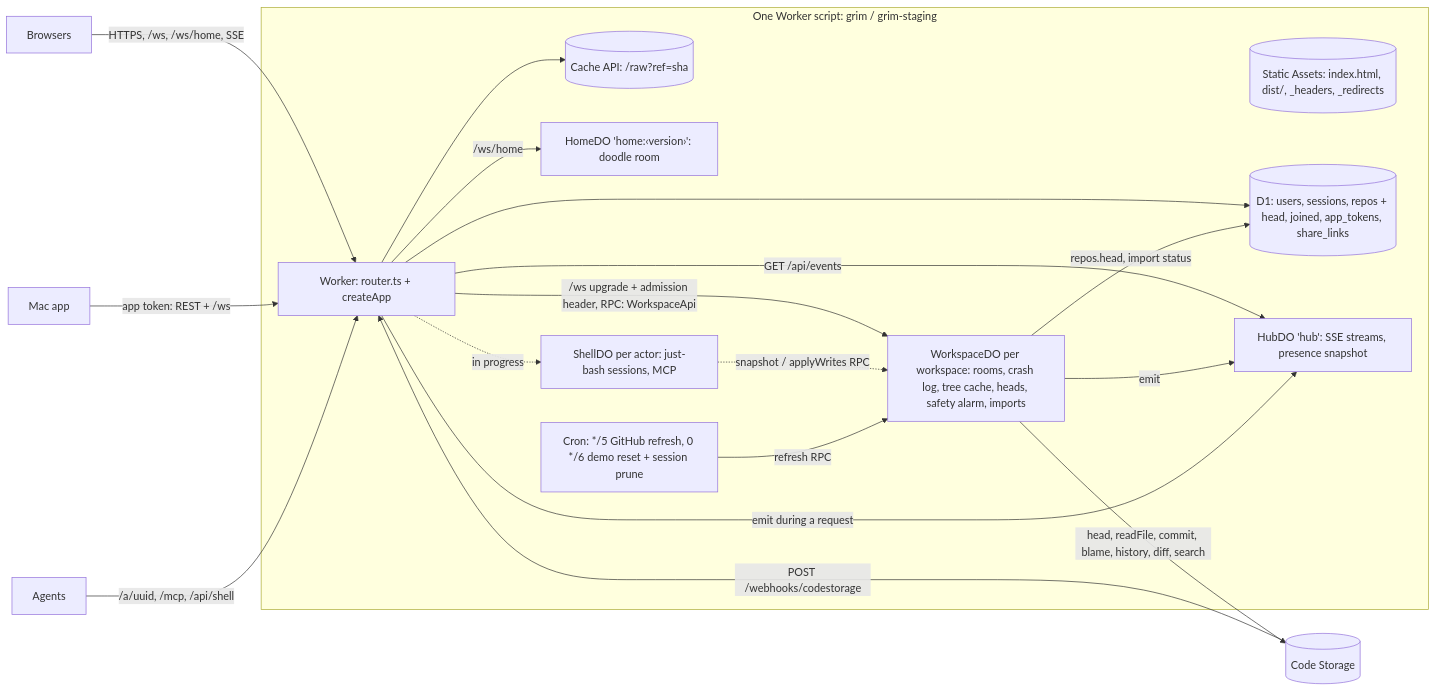
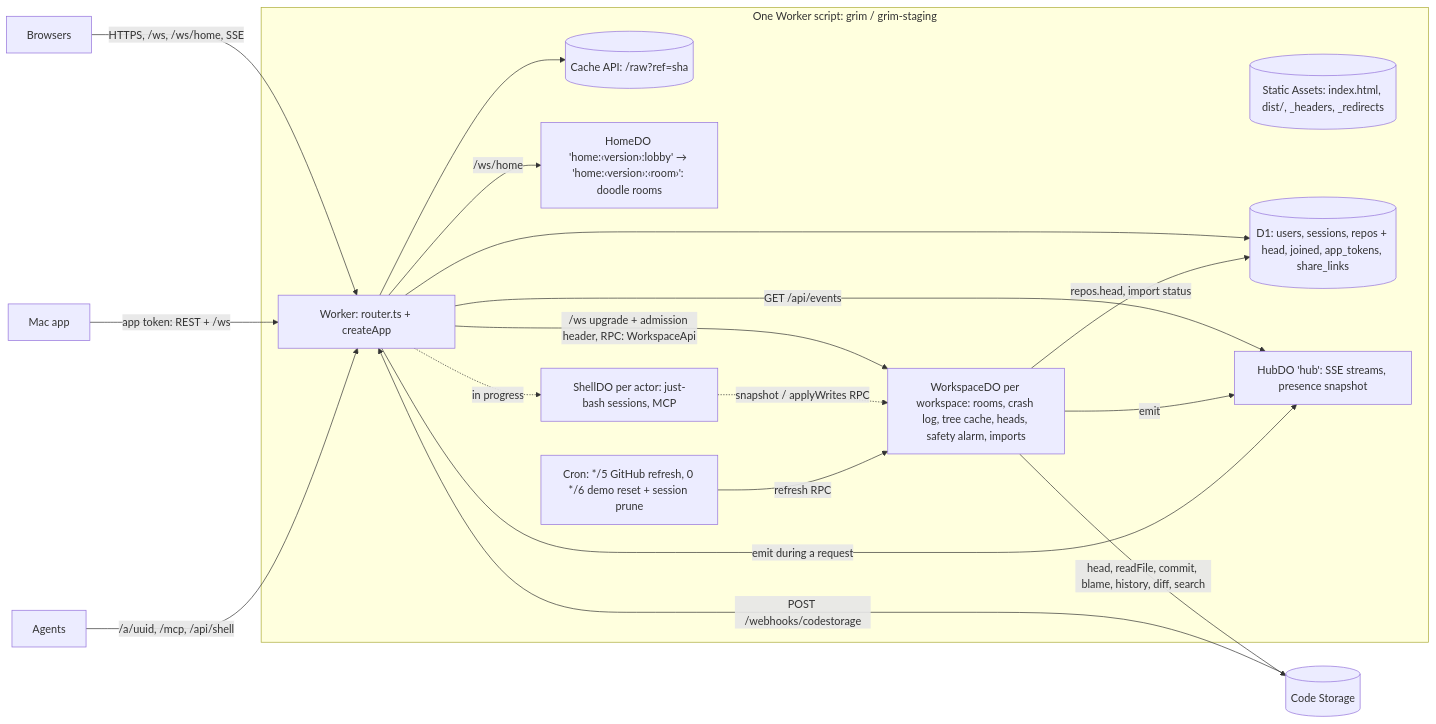
One commit to anomalyco/grim changed the diagram in docs/06-cloudflare.md. Above: the diagram before and after it, drawn with Mermaid. The commit also changed other lines of this file and 14 other files, not shown here.

````diff
--- a/docs/06-cloudflare.md
+++ b/docs/06-cloudflare.md
@@ -24,25 +24,25 @@
 ```mermaid
 flowchart LR
   B[Browsers] -->|HTTPS, /ws, /ws/home, SSE| W
   M[Mac app] -->|app token: REST + /ws| W
   A[Agents] -->|/a/uuid, /mcp, /api/shell| W
   CS[(Code Storage)] -->|POST /webhooks/codestorage| W
 
   subgraph CF[One Worker script: grim / grim-staging]
     SA[(Static Assets: index.html, dist/, _headers, _redirects)]
     W[Worker: router.ts + createApp]
     W --> C[(Cache API: /raw?ref=sha)]
     W --> D1[(D1: users, sessions, repos + head, joined, app_tokens, share_links)]
     W -->|/ws upgrade + admission header, RPC: WorkspaceApi| WS[WorkspaceDO per workspace: rooms, crash log, tree cache, heads, safety alarm, imports]
     W -->|GET /api/events| H["HubDO 'hub': SSE streams, presence snapshot"]
-    W -->|/ws/home| HD["HomeDO 'home:‹version›': doodle room"]
+    W -->|/ws/home| HD["HomeDO 'home:‹version›:lobby' → 'home:‹version›:‹room›': doodle rooms"]
     W -. in progress .-> SH[ShellDO per actor: just-bash sessions, MCP]
     WS -->|emit| H
     W -->|emit during a request| H
     SH -. snapshot / applyWrites RPC .-> WS
     CRON[Cron: */5 GitHub refresh, 0 */6 demo reset + session prune] -->|refresh RPC| WS
     WS -->|repos.head, import status| D1
   end
 
   WS -->|head, readFile, commit, blame, history, diff, search| CS
 ```
````
